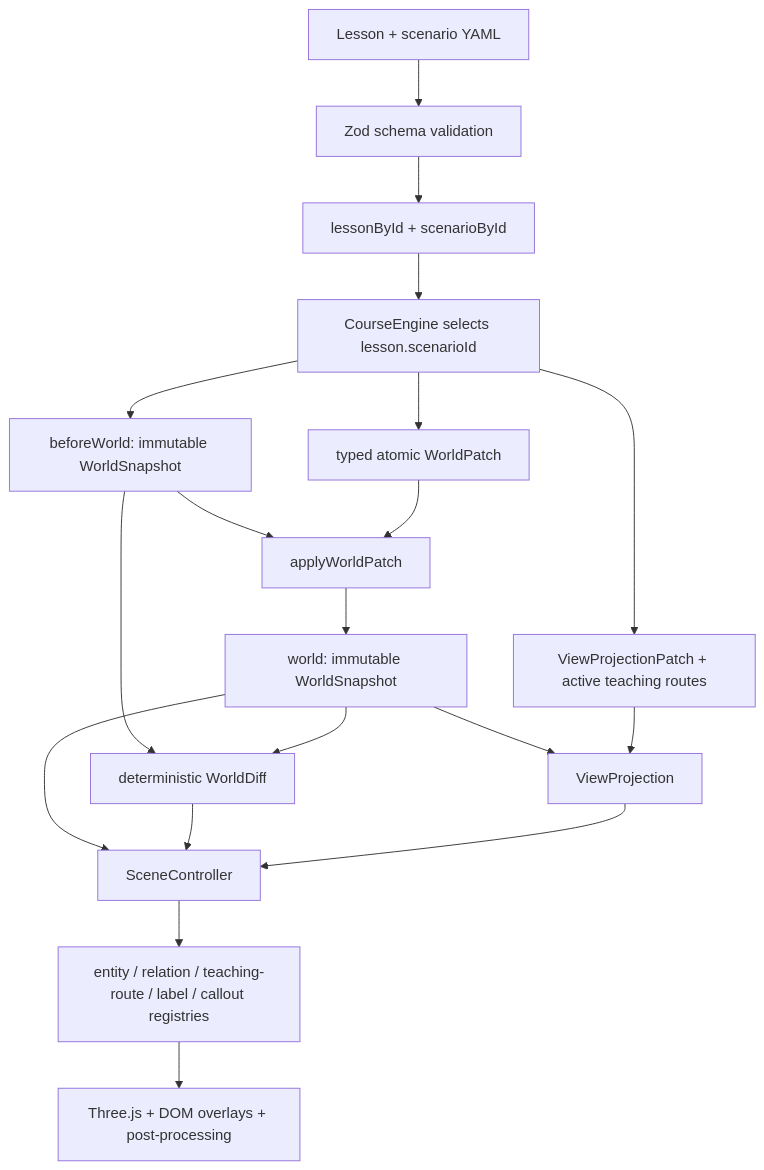
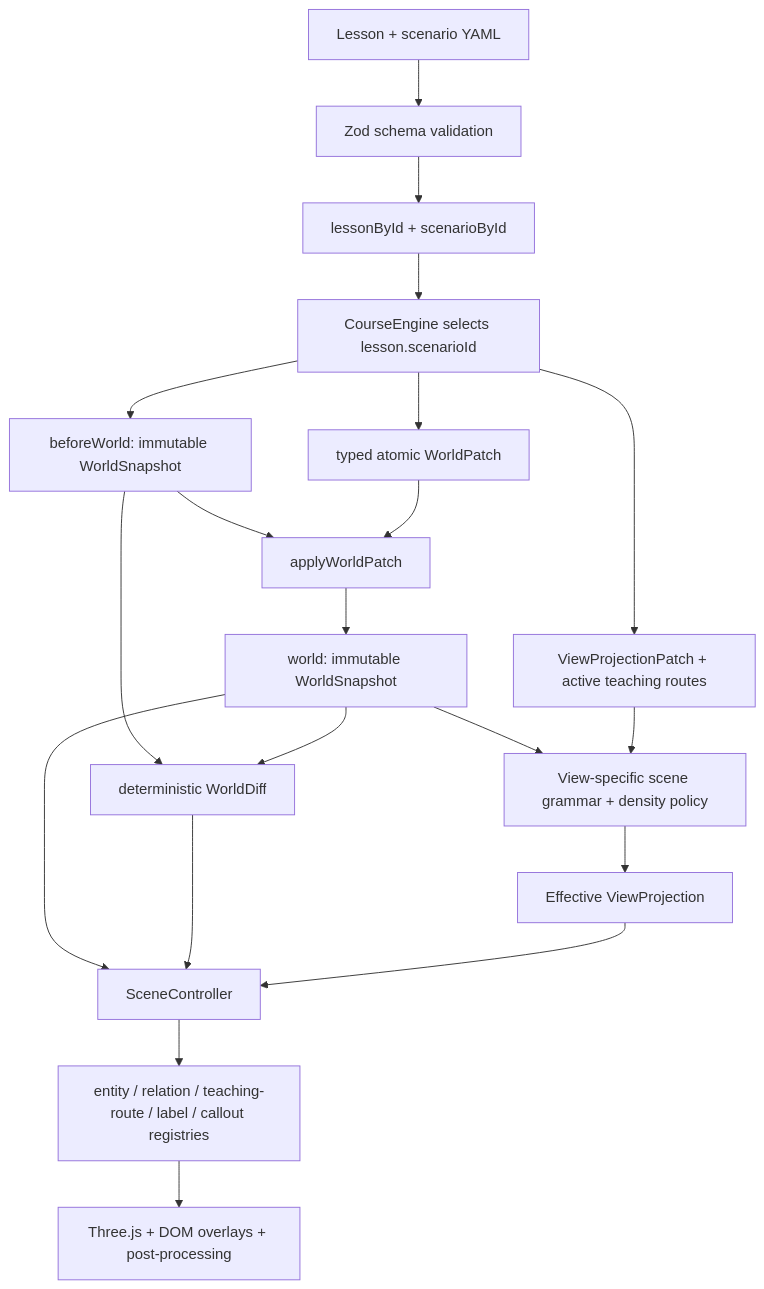
One commit to TANGBUDU/kubemotion-3d changed the diagram in docs/architecture.md. Above: the diagram before and after it, drawn with Mermaid. The commit also changed other lines of this file and 34 other files, not shown here.

Commit message:
feat: add view-specific scene grammars and density budgets

````diff
--- a/docs/architecture.md
+++ b/docs/architecture.md
@@ -3,21 +3,22 @@
 ```mermaid
 flowchart TD
   Authoring["Lesson + scenario YAML"] --> Schema["Zod schema validation"]
   Schema --> Catalog["lessonById + scenarioById"]
   Catalog --> Engine["CourseEngine selects lesson.scenarioId"]
   Engine --> Before["beforeWorld: immutable WorldSnapshot"]
   Engine --> Patch["typed atomic WorldPatch"]
   Before --> Apply["applyWorldPatch"]
   Patch --> Apply
   Apply --> World["world: immutable WorldSnapshot"]
   Before --> Diff["deterministic WorldDiff"]
   World --> Diff
   Engine --> ViewPatch["ViewProjectionPatch + active teaching routes"]
-  World --> View["ViewProjection"]
-  ViewPatch --> View
+  World --> Grammar["View-specific scene grammar + density policy"]
+  ViewPatch --> Grammar
+  Grammar --> View["Effective ViewProjection"]
   World --> Scene["SceneController"]
   Diff --> Scene
   View --> Scene
   Scene --> Registries["entity / relation / teaching-route / label / callout registries"]
   Registries --> Three["Three.js + DOM overlays + post-processing"]
 ```
````
